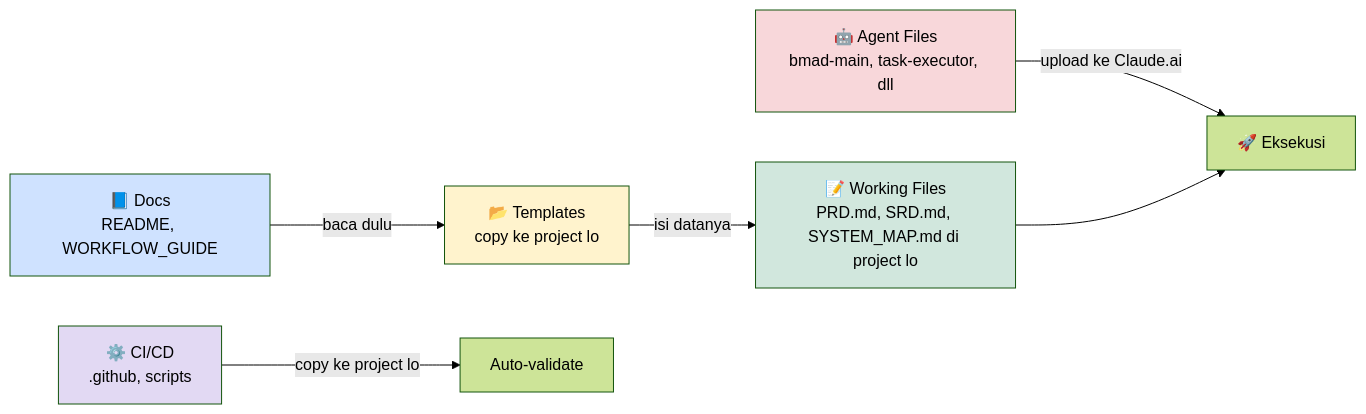
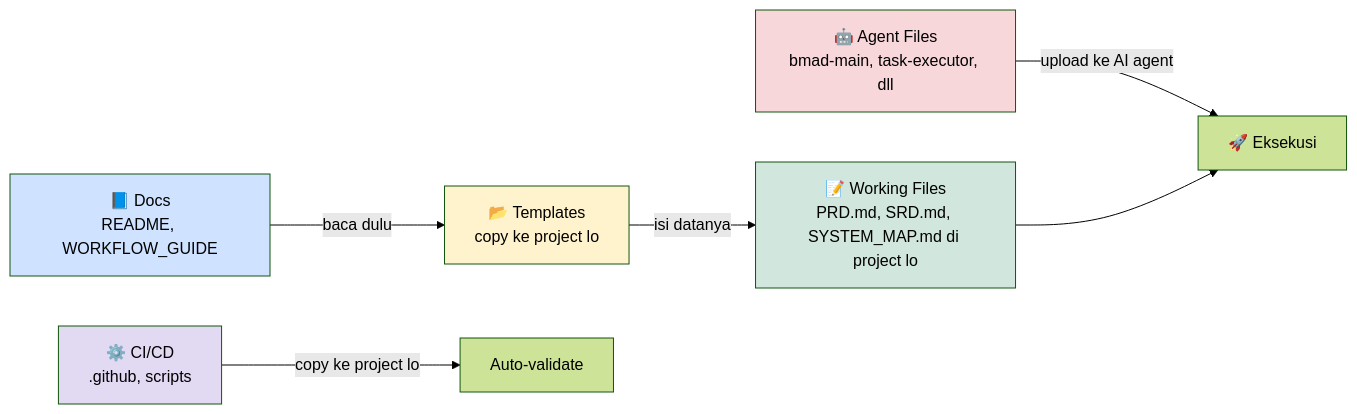
The second of 6 diagrams in README.md (slamsmart/BMAD-Workflow-V.1.0), drawn with Mermaid (forest theme) before and after one commit. The commit also changed other lines of this file and 2 other files, not shown here.

First line of the commit message:
docs: clarify multi-agent support (workflow is agent-agnostic)

````diff
--- a/README.md
+++ b/README.md
@@ -173,14 +173,14 @@
 ```mermaid
 graph LR
     A[📘 Docs<br/>README, WORKFLOW_GUIDE] -->|baca dulu| B[📂 Templates<br/>copy ke project lo]
     B -->|isi datanya| C[📝 Working Files<br/>PRD.md, SRD.md, SYSTEM_MAP.md di project lo]
-    D[🤖 Agent Files<br/>bmad-main, task-executor, dll] -->|upload ke Claude.ai| E[🚀 Eksekusi]
+    D[🤖 Agent Files<br/>bmad-main, task-executor, dll] -->|upload ke AI agent| E[🚀 Eksekusi]
     C --> E
     F[⚙️ CI/CD<br/>.github, scripts] -->|copy ke project lo| G[Auto-validate]
 
     style A fill:#cfe2ff
     style B fill:#fff3cd
     style C fill:#d1e7dd
     style D fill:#f8d7da
     style F fill:#e2d9f3
 ```
````
